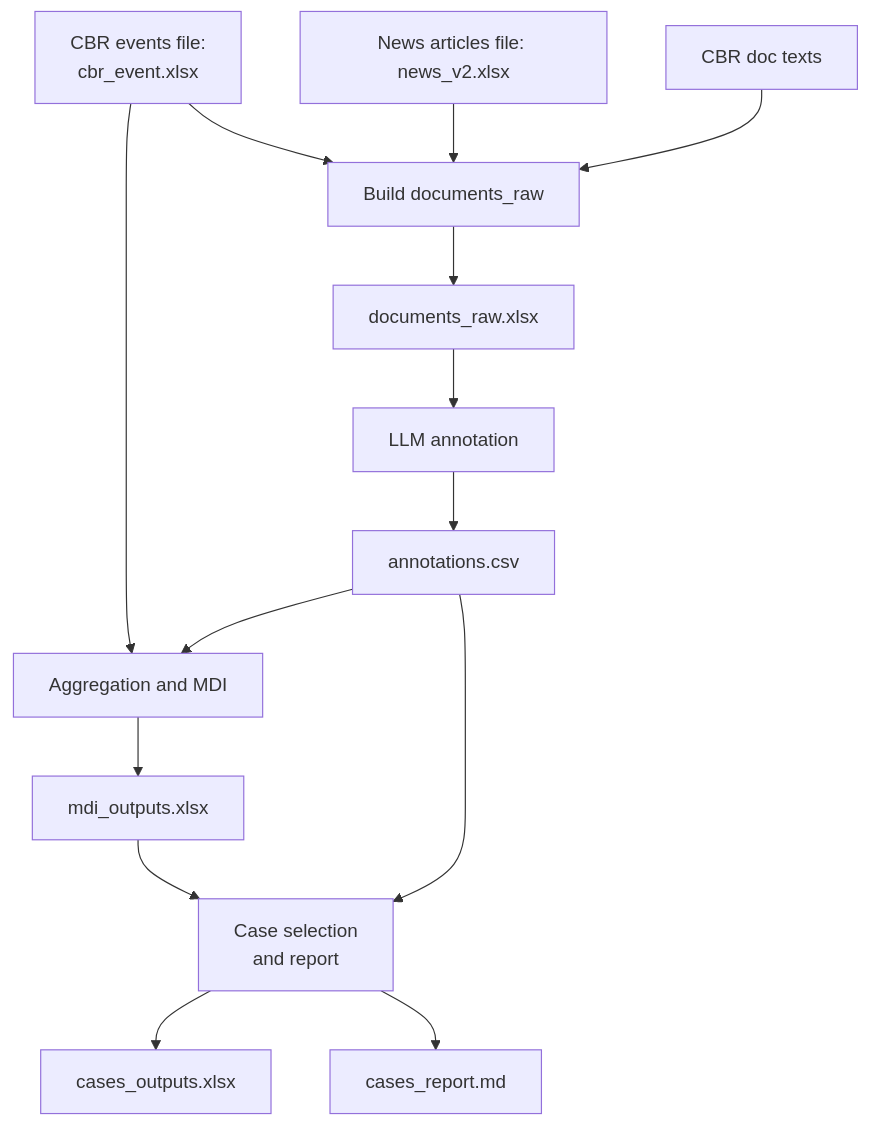
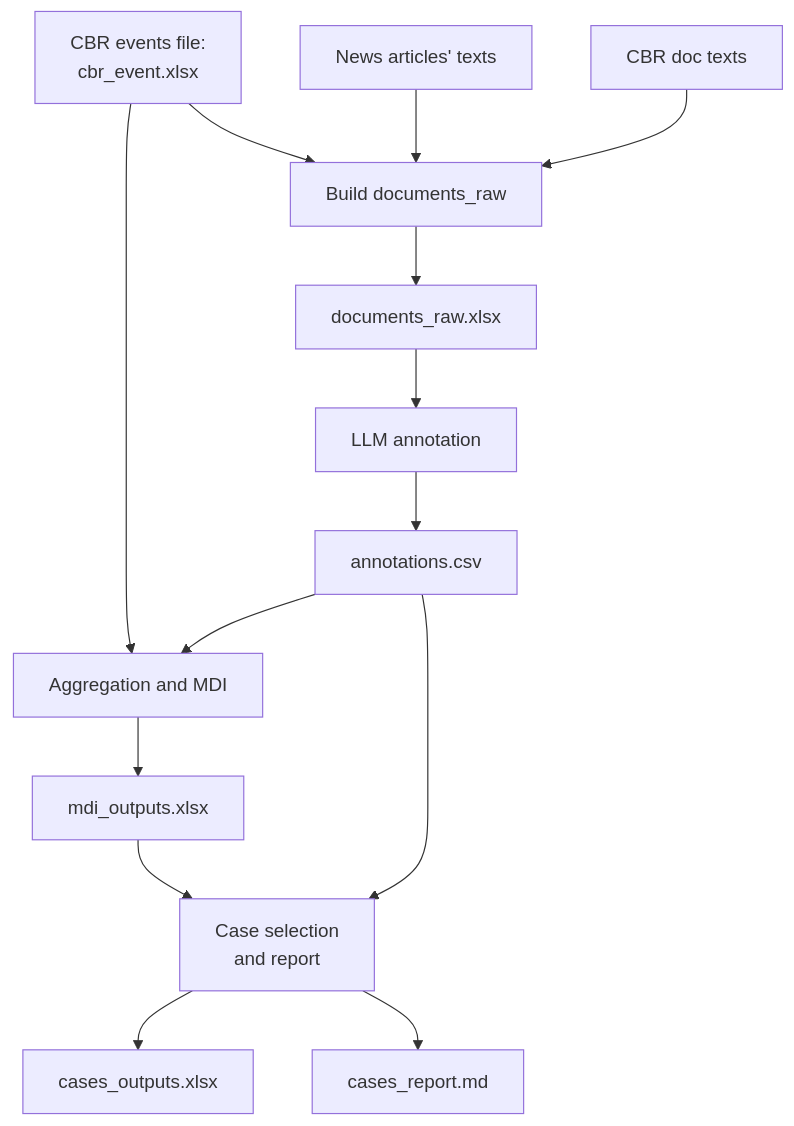
Before and after one commit to Ivan-Tsarikov/Media_Divergence_Index_for_CBR: the diagram in README.md, drawn with Mermaid.

````diff
--- a/README.md
+++ b/README.md
@@ -60,19 +60,19 @@
 ```mermaid
 flowchart TD
   A[CBR events file:  <br> cbr_event.xlsx] --> B[Build documents_raw]
-  C[News articles file: news_v2.xlsx] --> B
+  C[News articles' texts] --> B
   D[CBR doc texts] --> B
 
   B --> E[documents_raw.xlsx]
   E --> F[LLM annotation]
   F --> G[annotations.csv]
 
   A --> H[Aggregation and MDI]
   G --> H
   H --> I[mdi_outputs.xlsx]
 
   I --> J[Case selection  <br> and report]
   G --> J
   J --> K[cases_outputs.xlsx]
   J --> L[cases_report.md]
 ```
````
